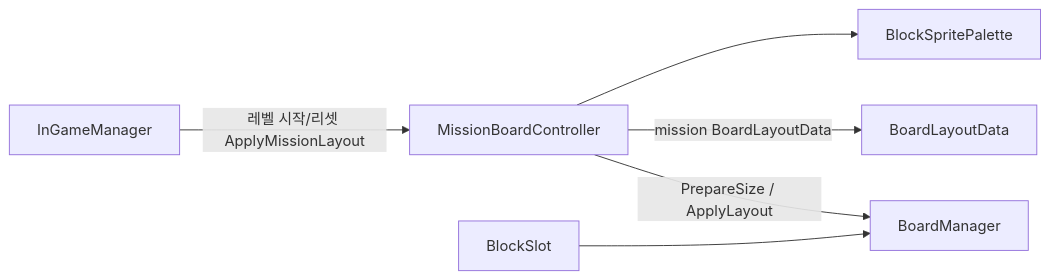
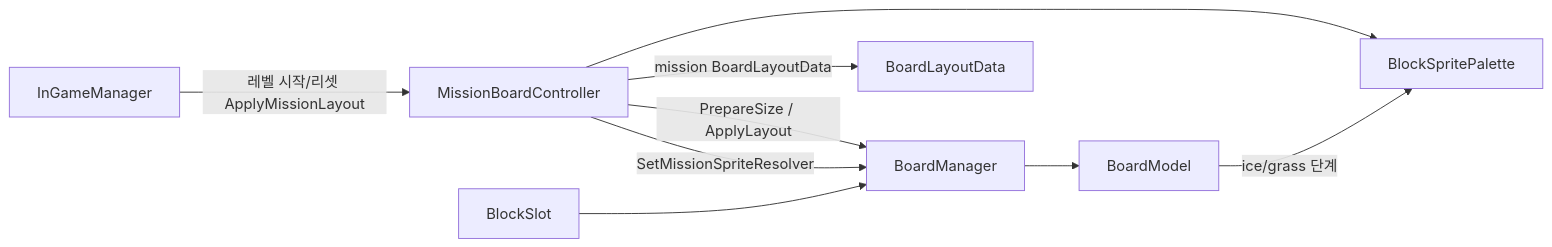
One commit to chlghksgml01/BlockPuzzle changed the first of 3 diagrams in docs/diagrams/mission-board-controller.md. Above: the diagram before and after it, drawn with Mermaid. The commit also changed other lines of this file and 7 other files, not shown here.

Commit message:
faet: BP-5 ice, grass 블럭 제거

````diff
--- a/docs/diagrams/mission-board-controller.md
+++ b/docs/diagrams/mission-board-controller.md
@@ -8,14 +8,18 @@
 ```mermaid
 flowchart LR
   IGM[InGameManager]
   MBC[MissionBoardController]
   BM[BoardManager]
+  MODEL[BoardModel]
   PAL[BlockSpritePalette]
   LAY[BoardLayoutData]
 
   IGM -->|"레벨 시작/리셋 ApplyMissionLayout"| MBC
   MBC --> PAL
   MBC -->|"mission BoardLayoutData"| LAY
   MBC -->|"PrepareSize / ApplyLayout"| BM
+  MBC -->|"SetMissionSpriteResolver"| BM
+  BM --> MODEL
+  MODEL -->|"ice/grass 단계"| PAL
   BlockSlot --> BM
 ```
````
